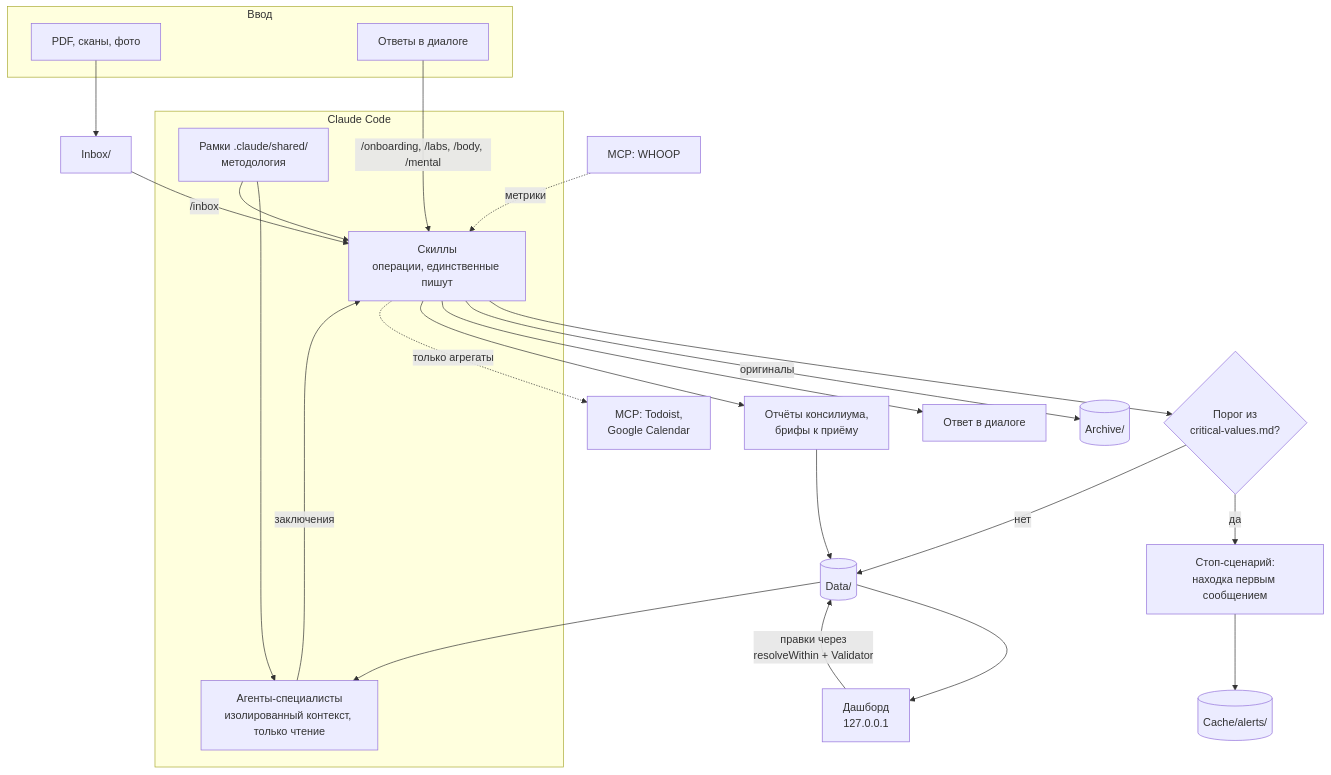
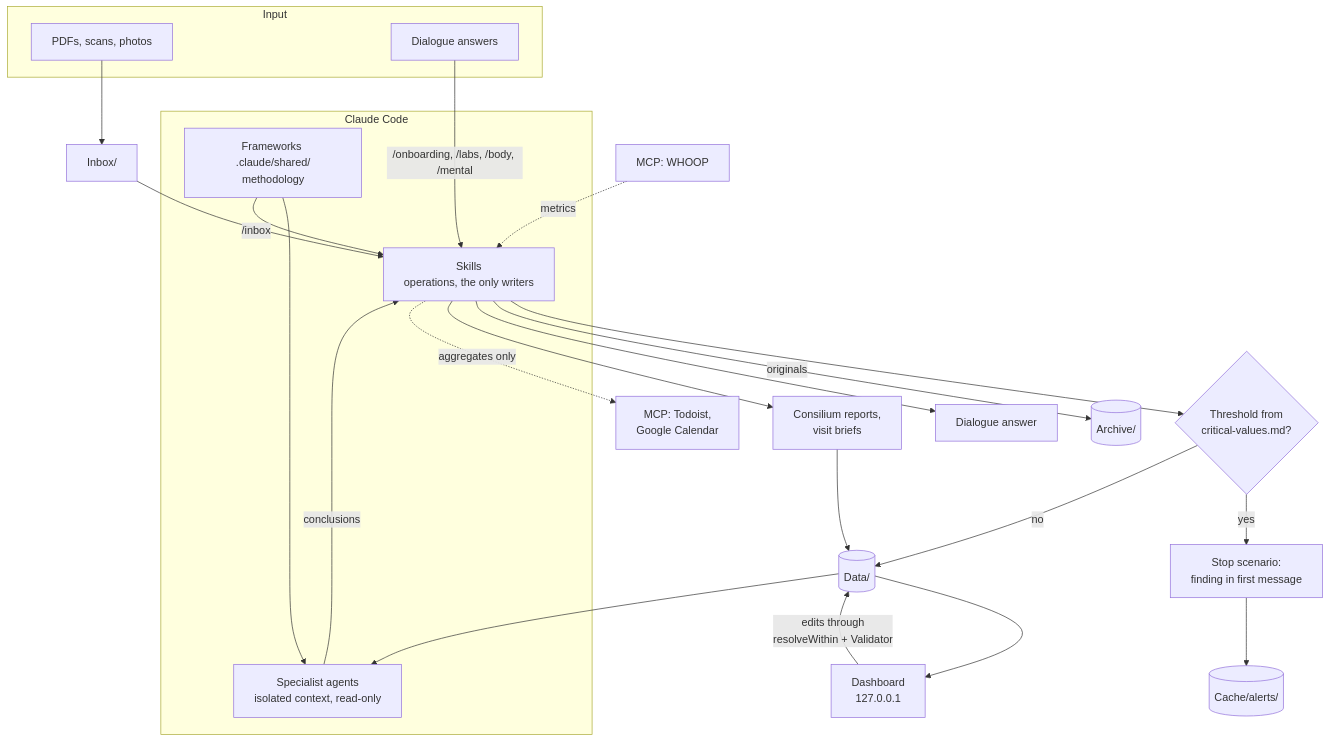
One commit to NickSeagull/health-os changed the second of 2 diagrams in docs/ARCHITECTURE.md. Above: the diagram before and after it, drawn with Mermaid. The commit also changed other lines of this file and 233 other files, not shown here.

````diff
--- a/docs/ARCHITECTURE.md
+++ b/docs/ARCHITECTURE.md
@@ -564,39 +564,39 @@
 ```mermaid
 flowchart TB
-    subgraph INGEST["Ввод"]
-        DOC["PDF, сканы, фото"]
-        TALK["Ответы в диалоге"]
+    subgraph INGEST["Input"]
+        DOC["PDFs, scans, photos"]
+        TALK["Dialogue answers"]
     end
 
     DOC --> INBOX["Inbox/"]
 
     subgraph ENGINE["Claude Code"]
-        SKILL["Скиллы<br/>операции, единственные пишут"]
-        AGENT["Агенты-специалисты<br/>изолированный контекст, только чтение"]
-        FRAME["Рамки .claude/shared/<br/>методология"]
+        SKILL["Skills<br/>operations, the only writers"]
+        AGENT["Specialist agents<br/>isolated context, read-only"]
+        FRAME["Frameworks .claude/shared/<br/>methodology"]
     end
 
     INBOX -->|"/inbox"| SKILL
     TALK -->|"/onboarding, /labs, /body, /mental"| SKILL
 
-    SKILL --> CRIT{"Порог из<br/>critical-values.md?"}
-    CRIT -->|"да"| STOP["Стоп-сценарий:<br/>находка первым сообщением"]
+    SKILL --> CRIT{"Threshold from<br/>critical-values.md?"}
+    CRIT -->|"yes"| STOP["Stop scenario:<br/>finding in first message"]
     STOP --> ALERTS[("Cache/alerts/")]
-    CRIT -->|"нет"| DATA[("Data/")]
-    SKILL -->|"оригиналы"| ARCH[("Archive/")]
+    CRIT -->|"no"| DATA[("Data/")]
+    SKILL -->|"originals"| ARCH[("Archive/")]
 
     DATA --> AGENT
     FRAME --> AGENT
     FRAME --> SKILL
-    AGENT -->|"заключения"| SKILL
+    AGENT -->|"conclusions"| SKILL
 
-    SKILL --> ANSWER["Ответ в диалоге"]
-    SKILL --> REPORT["Отчёты консилиума,<br/>брифы к приёму"]
+    SKILL --> ANSWER["Dialogue answer"]
+    SKILL --> REPORT["Consilium reports,<br/>visit briefs"]
     REPORT --> DATA
 
-    DATA --> DASH["Дашборд<br/>127.0.0.1"]
-    DASH -->|"правки через<br/>resolveWithin + Validator"| DATA
+    DATA --> DASH["Dashboard<br/>127.0.0.1"]
+    DASH -->|"edits through<br/>resolveWithin + Validator"| DATA
 
-    SKILL -.->|"только агрегаты"| MCP["MCP: Todoist,<br/>Google Calendar"]
-    WHOOP["MCP: WHOOP"] -.->|"метрики"| SKILL
+    SKILL -.->|"aggregates only"| MCP["MCP: Todoist,<br/>Google Calendar"]
+    WHOOP["MCP: WHOOP"] -.->|"metrics"| SKILL
 ```
````
